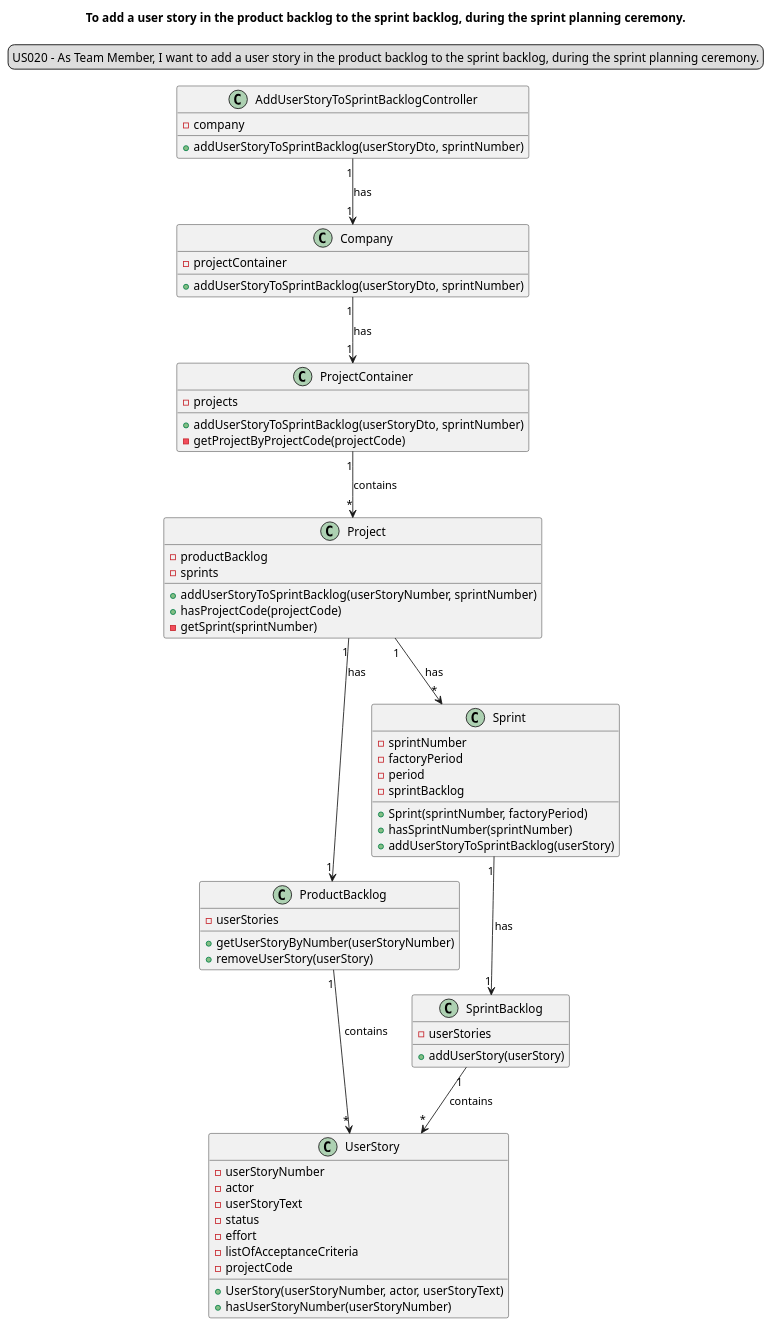
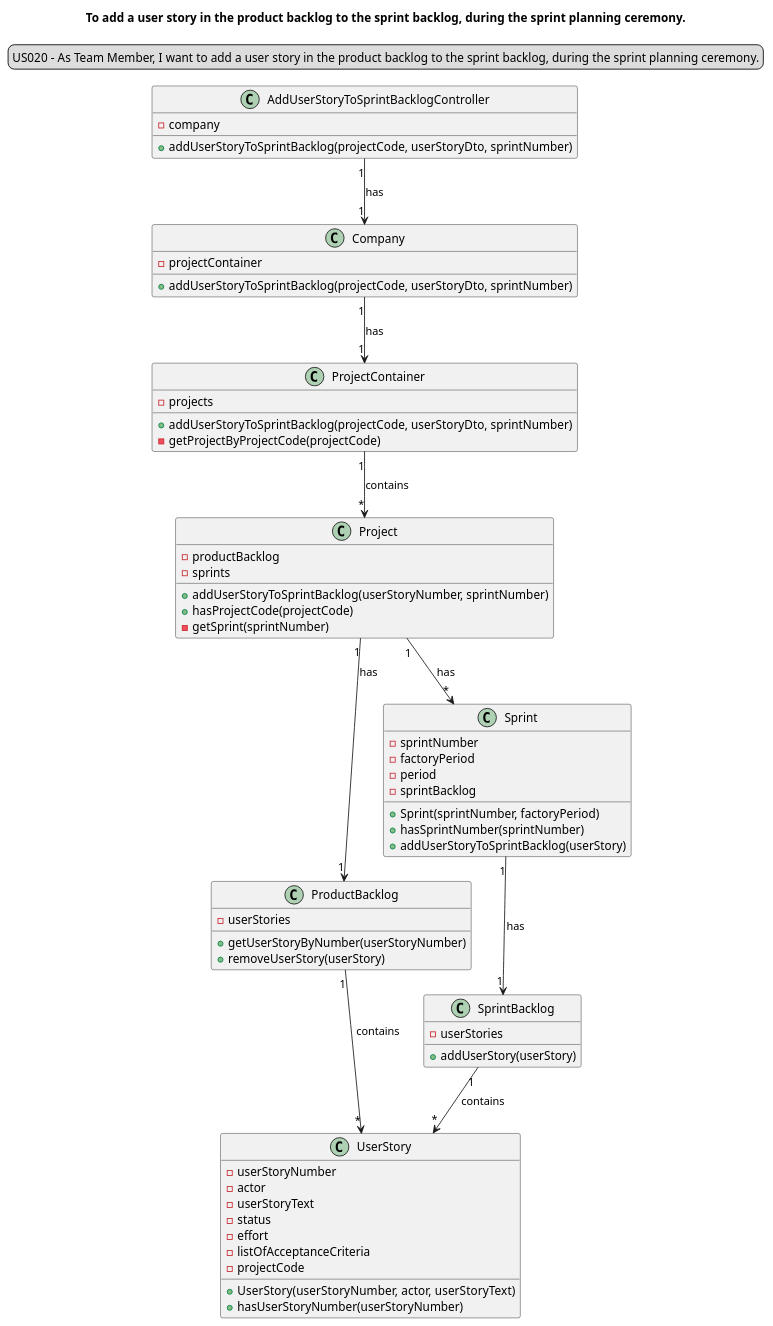
One commit to Loracline/project_switch_22-23 changed the diagram in docs/modelling_design/user_stories/sprint03/us020/US020_classDiagram.puml. Above: the diagram before and after it, drawn with PlantUML.

Commit message:
US20: Design: update of Class Diagram. references #103

```diff
--- a/docs/modelling_design/user_stories/sprint03/us020/US020_classDiagram.puml
+++ b/docs/modelling_design/user_stories/sprint03/us020/US020_classDiagram.puml
@@ -1,75 +1,75 @@
 @startuml
 'https://plantuml.com/sequence-diagram
 legend top
 US020 - As Team Member, I want to add a user story in the product backlog to the sprint backlog, during the sprint planning ceremony.
 end legend
 skinparam sequenceMessageAlign center
 title  To add a user story in the product backlog to the sprint backlog, during the sprint planning ceremony.
 
 class "AddUserStoryToSprintBacklogController" {
 - company
-+ addUserStoryToSprintBacklog(userStoryDto, sprintNumber)
++ addUserStoryToSprintBacklog(projectCode, userStoryDto, sprintNumber)
 }
 
 class "Company" {
 - projectContainer
-+ addUserStoryToSprintBacklog(userStoryDto, sprintNumber)
++ addUserStoryToSprintBacklog(projectCode, userStoryDto, sprintNumber)
 }
 class "ProjectContainer" {
 - projects
-+ addUserStoryToSprintBacklog(userStoryDto, sprintNumber)
++ addUserStoryToSprintBacklog(projectCode, userStoryDto, sprintNumber)
 - getProjectByProjectCode(projectCode)
 
 }
 
 class "Project"{
 - productBacklog
 - sprints
 + addUserStoryToSprintBacklog(userStoryNumber, sprintNumber)
 + hasProjectCode(projectCode)
 - getSprint(sprintNumber)
 }
 
 class "ProductBacklog" {
 - userStories
 + getUserStoryByNumber(userStoryNumber)
 + removeUserStory(userStory)
 }
 
 class "UserStory"{
 - userStoryNumber
 - actor
 - userStoryText
 - status
 - effort
 - listOfAcceptanceCriteria
 - projectCode
 + UserStory(userStoryNumber, actor, userStoryText)
 + hasUserStoryNumber(userStoryNumber)
 }
 
 class "Sprint"{
 - sprintNumber
 - factoryPeriod
 - period
 - sprintBacklog
 + Sprint(sprintNumber, factoryPeriod)
 + hasSprintNumber(sprintNumber)
 + addUserStoryToSprintBacklog(userStory)
 }
 
 class "SprintBacklog" {
 - userStories
 +addUserStory(userStory)
 }
 
 "AddUserStoryToSprintBacklogController" "1"-->"1" "Company": has
 "Company" "1"--> "1" "ProjectContainer": has
 "ProjectContainer" "1"-->"*" "Project": contains
 "Project" "1" -->"1" "ProductBacklog": has
 "Project" "1" -->"*" "Sprint": has
 "Sprint" "1" --> "1" "SprintBacklog": has
 "SprintBacklog" "1" --> "*" UserStory: contains
 "ProductBacklog" "1" --> "*" "UserStory" : contains
 
 @enduml
```
